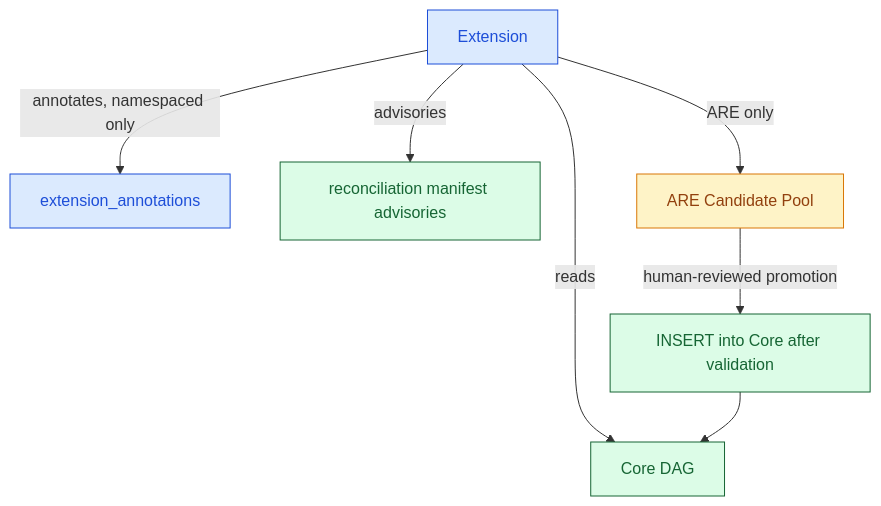
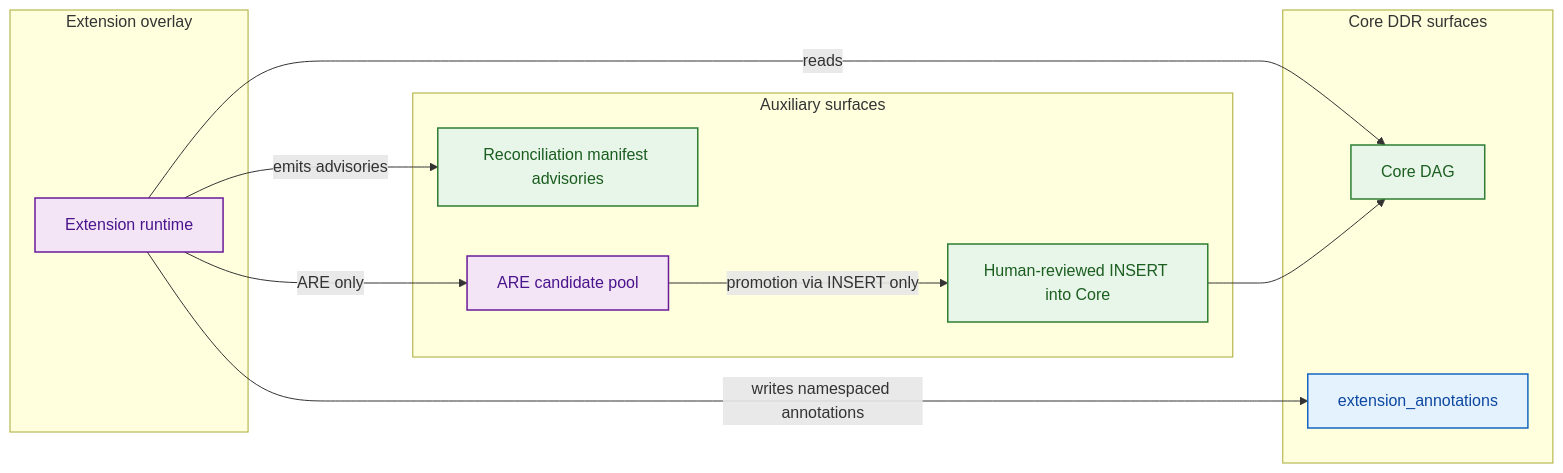
One commit to formosa/Antigravity changed diagram 24 of 28 in .agent/assets/proposals/active/v6.3/ddr_ref_manual_v6.3.md. Above: the diagram before and after it, drawn with Mermaid. The commit also changed other lines of this file, not shown here.

Commit message:
docs: add DDR System v6.3 reference manual with authority and operational guidelines

````diff
--- a/.agent/assets/proposals/active/v6.3/ddr_ref_manual_v6.3.md
+++ b/.agent/assets/proposals/active/v6.3/ddr_ref_manual_v6.3.md
@@ -1729,23 +1839,30 @@
 ```mermaid
-flowchart TD
-    Core["Core DAG"]
-    Ext["Extension"]
-    Ann["extension_annotations"]
-    Manifest["reconciliation manifest advisories"]
-    Pool["ARE Candidate Pool"]
-    Insert["INSERT into Core after validation"]
+flowchart LR
+    accTitle: Extension overlay architecture
+    accDescr: Shows Core DDR surfaces, the extension overlay, manifest advisories, and the ARE candidate pool without using v11-only architecture-beta syntax.
+    subgraph CORE["Core DDR surfaces"]
+        CORENODE["Core DAG"]
+        ANN["extension_annotations"]
+    end
+    subgraph EXT["Extension overlay"]
+        EXTRT["Extension runtime"]
+    end
+    subgraph AUX["Auxiliary surfaces"]
+        MANIFEST["Reconciliation manifest advisories"]
+        POOL["ARE candidate pool"]
+        INSERT["Human-reviewed INSERT into Core"]
+    end
 
-    Ext -->|reads| Core
-    Ext -->|annotates, namespaced only| Ann
-    Ext -->|advisories| Manifest
-    Ext -->|ARE only| Pool
-    Pool -->|human-reviewed promotion| Insert
-    Insert --> Core
+    EXTRT -->|reads| CORENODE
+    EXTRT -->|writes namespaced annotations| ANN
+    EXTRT -->|emits advisories| MANIFEST
+    EXTRT -->|ARE only| POOL
+    POOL -->|promotion via INSERT only| INSERT --> CORENODE
 
-    classDef normative fill:#dcfce7,stroke:#166534,color:#166534;
-    classDef schema fill:#dbeafe,stroke:#1d4ed8,color:#1d4ed8;
-    classDef caution fill:#fef3c7,stroke:#d97706,color:#92400e;
-    class Core,Manifest,Insert normative;
-    class Ext,Ann schema;
-    class Pool caution;
+    classDef normative fill:#e8f5e9,stroke:#2e7d32,color:#1b5e20,stroke-width:1.5px;
+    classDef schema fill:#e3f2fd,stroke:#1565c0,color:#0d47a1,stroke-width:1.5px;
+    classDef extension fill:#f3e5f5,stroke:#6a1b9a,color:#4a148c,stroke-width:1.5px;
+    class CORENODE,MANIFEST,INSERT normative;
+    class ANN schema;
+    class EXTRT,POOL extension;
 ```
````
